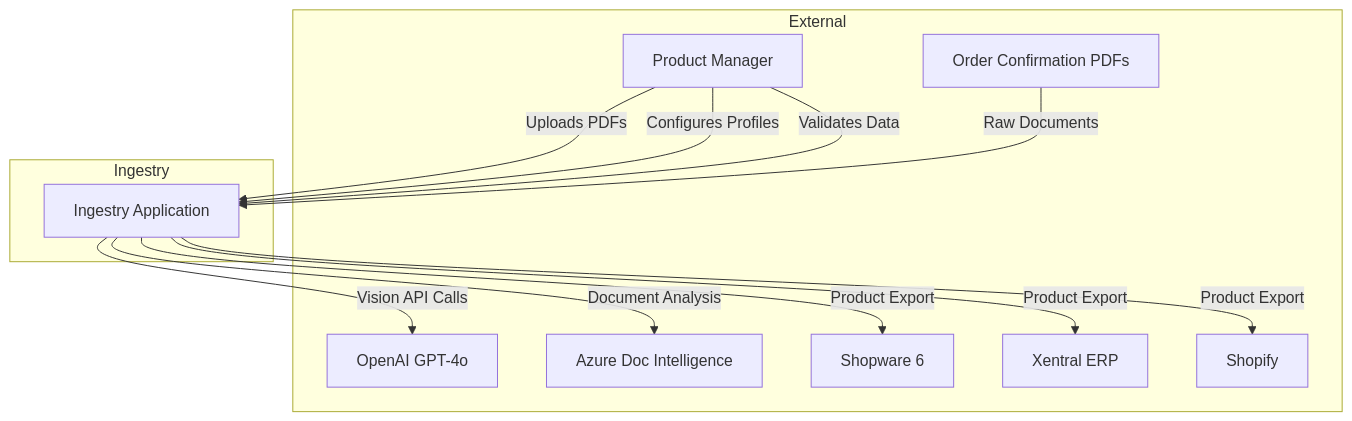
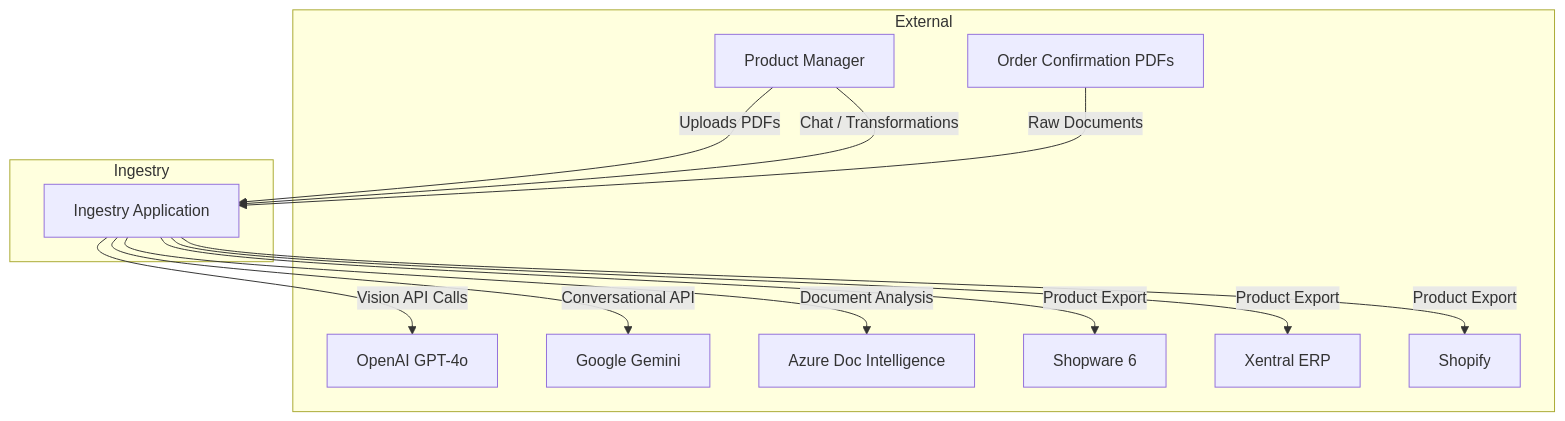
The first of 6 diagrams in docs/arc42.md (alexvcodesphere/ingestry), drawn with Mermaid before and after one commit. The commit also changed other lines of this file and 6 other files, not shown here.

````diff
--- a/docs/arc42.md
+++ b/docs/arc42.md
@@ -79,26 +90,27 @@
 ```mermaid
 flowchart TB
     subgraph External
         User[Product Manager]
         PDF[Order Confirmation PDFs]
         OpenAI[OpenAI GPT-4o]
+        Gemini[Google Gemini]
         Azure[Azure Doc Intelligence]
         Shopware[Shopware 6]
         Xentral[Xentral ERP]
         Shopify[Shopify]
     end
 
     subgraph Ingestry
         App[Ingestry Application]
     end
 
     User -->|Uploads PDFs| App
-    User -->|Configures Profiles| App
-    User -->|Validates Data| App
+    User -->|Chat / Transformations| App
     PDF -->|Raw Documents| App
     App -->|Vision API Calls| OpenAI
+    App -->|Conversational API| Gemini
     App -->|Document Analysis| Azure
     App -->|Product Export| Shopware
     App -->|Product Export| Xentral
     App -->|Product Export| Shopify
 ```
````
